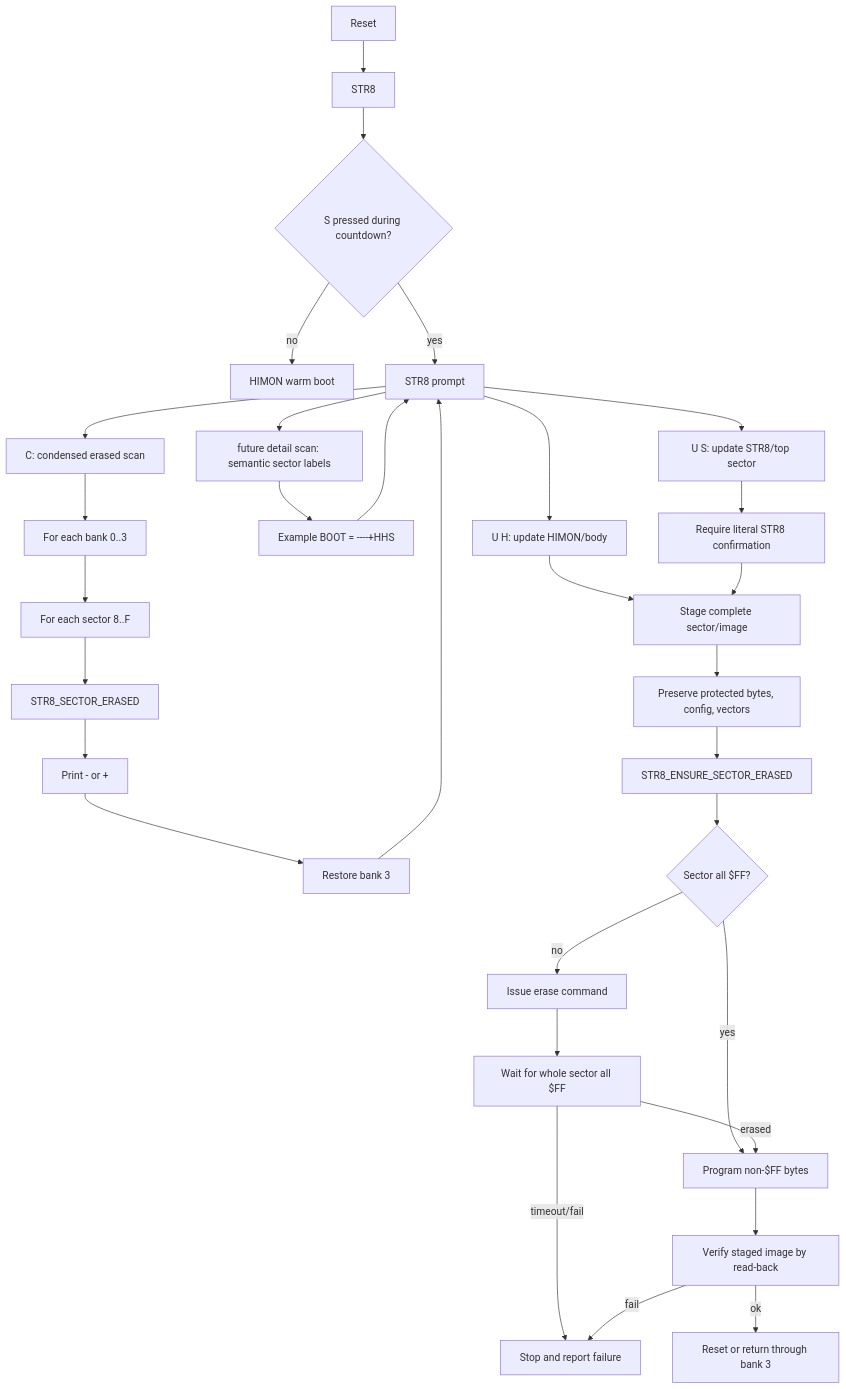
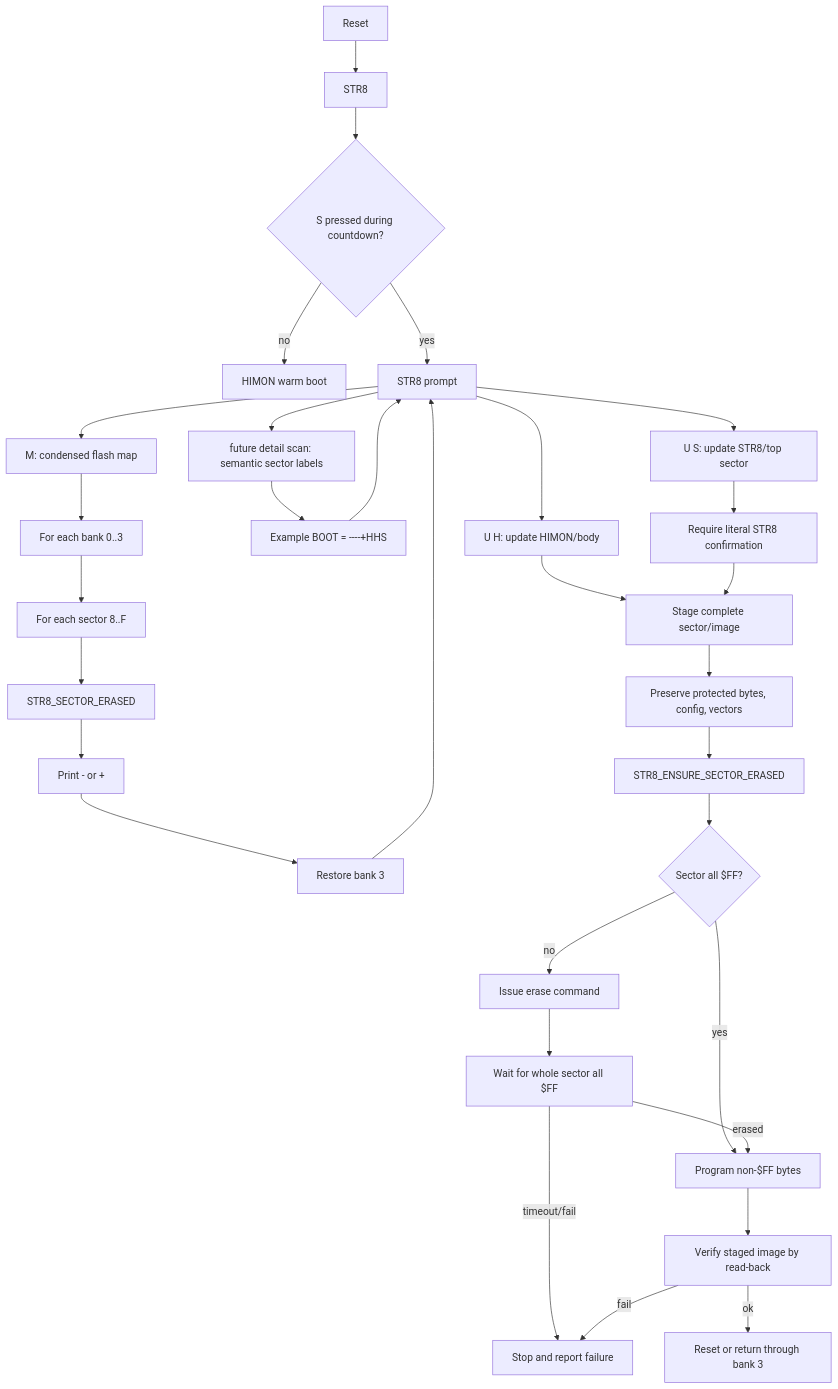
The diagram in DOC/GUIDES/STR8_FLASH_UPDATE_PROPOSAL.md (95westus/R-YORS), drawn with Mermaid before and after one commit. The commit also changed other lines of this file and 9 other files, not shown here.

````diff
--- a/DOC/GUIDES/STR8_FLASH_UPDATE_PROPOSAL.md
+++ b/DOC/GUIDES/STR8_FLASH_UPDATE_PROPOSAL.md
@@ -151,36 +156,36 @@
 ```mermaid
 flowchart TD
     RESET["Reset"] --> STR8["STR8"]
     STR8 --> BOOT{"S pressed during countdown?"}
     BOOT -->|no| HIMON["HIMON warm boot"]
     BOOT -->|yes| PROMPT["STR8 prompt"]
 
-    PROMPT --> C["C: condensed erased scan"]
-    C --> SCAN_BANK["For each bank 0..3"]
+    PROMPT --> M["M: condensed flash map"]
+    M --> SCAN_BANK["For each bank 0..3"]
     SCAN_BANK --> SCAN_SECTOR["For each sector 8..F"]
     SCAN_SECTOR --> SECTOR_ERASED["STR8_SECTOR_ERASED"]
     SECTOR_ERASED --> REPORT["Print - or +"]
     REPORT --> RESTORE_B3["Restore bank 3"]
     RESTORE_B3 --> PROMPT
     PROMPT --> DETAIL["future detail scan: semantic sector labels"]
     DETAIL --> SEMANTIC["Example BOOT = ----+HHS"]
     SEMANTIC --> PROMPT
 
     PROMPT --> UH["U H: update HIMON/body"]
     PROMPT --> US["U S: update STR8/top sector"]
     US --> CONFIRM["Require literal STR8 confirmation"]
     UH --> STAGE["Stage complete sector/image"]
     CONFIRM --> STAGE
 
     STAGE --> PRESERVE["Preserve protected bytes, config, vectors"]
     PRESERVE --> ENSURE["STR8_ENSURE_SECTOR_ERASED"]
     ENSURE --> ALREADY{"Sector all $FF?"}
     ALREADY -->|yes| PROGRAM["Program non-$FF bytes"]
     ALREADY -->|no| ERASE["Issue erase command"]
     ERASE --> WAIT["Wait for whole sector all $FF"]
     WAIT -->|timeout/fail| STOP["Stop and report failure"]
     WAIT -->|erased| PROGRAM
     PROGRAM --> VERIFY["Verify staged image by read-back"]
     VERIFY -->|fail| STOP
     VERIFY -->|ok| RESET2["Reset or return through bank 3"]
 ```
````
